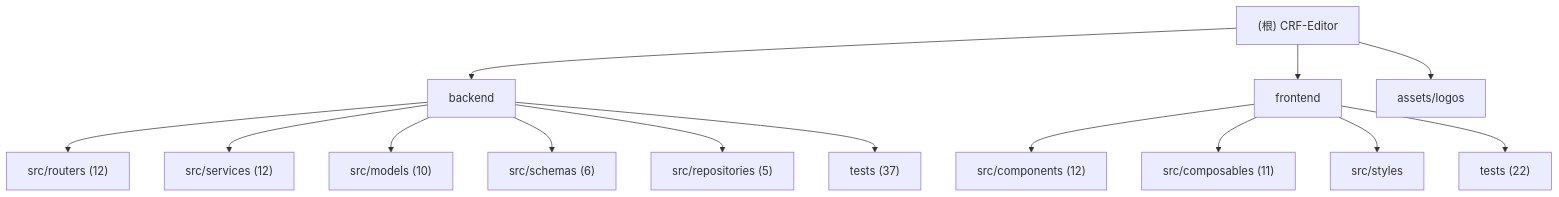
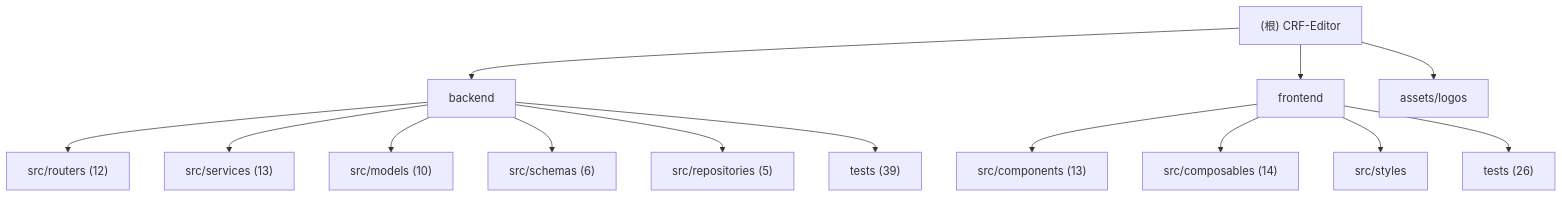
One commit to decade6666/CRF-Editor changed the diagram in .claude/CLAUDE.md. Above: the diagram before and after it, drawn with Mermaid. The commit also changed other lines of this file and 5 other files, not shown here.

````diff
--- a/.claude/CLAUDE.md
+++ b/.claude/CLAUDE.md
@@ -15,19 +15,19 @@
 ```mermaid
 graph TD
     A["(根) CRF-Editor"] --> B["backend"];
     B --> B1["src/routers (12)"];
-    B --> B2["src/services (12)"];
+    B --> B2["src/services (13)"];
     B --> B3["src/models (10)"];
     B --> B4["src/schemas (6)"];
     B --> B5["src/repositories (5)"];
-    B --> B6["tests (37)"];
+    B --> B6["tests (39)"];
     A --> C["frontend"];
-    C --> C1["src/components (12)"];
-    C --> C2["src/composables (11)"];
+    C --> C1["src/components (13)"];
+    C --> C2["src/composables (14)"];
     C --> C3["src/styles"];
-    C --> C4["tests (22)"];
+    C --> C4["tests (26)"];
     A --> D["assets/logos"];
 
     click B "./backend/.claude/CLAUDE.md" "查看 backend 模块文档"
     click C "./frontend/.claude/CLAUDE.md" "查看 frontend 模块文档"
 ```
````
